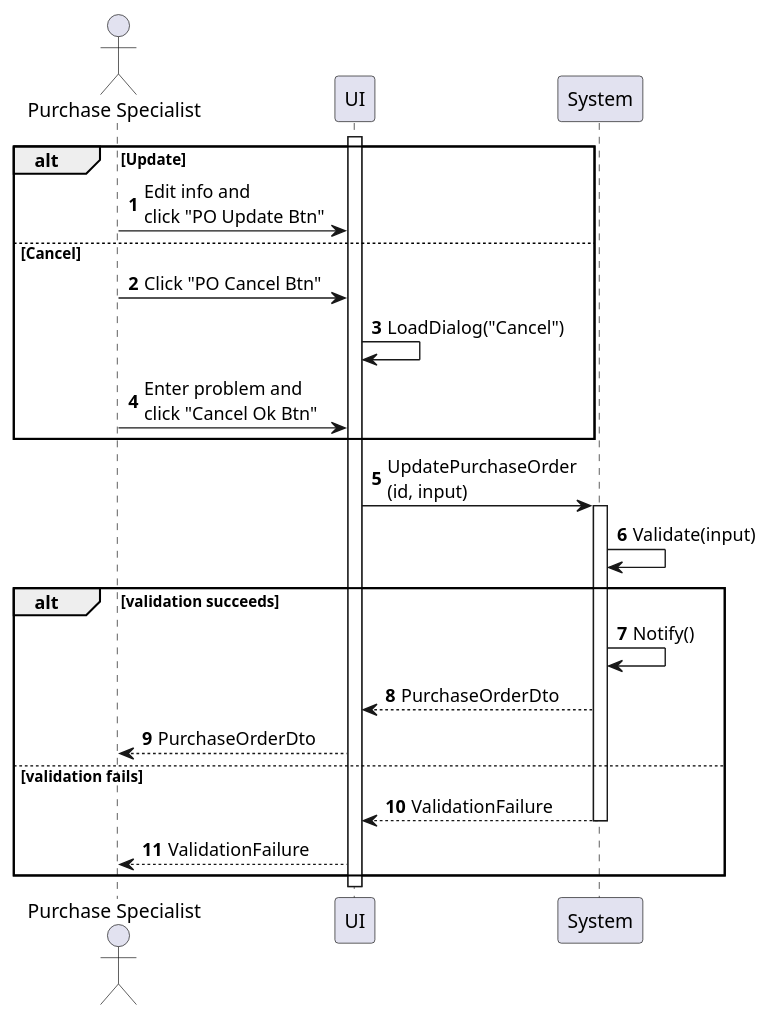
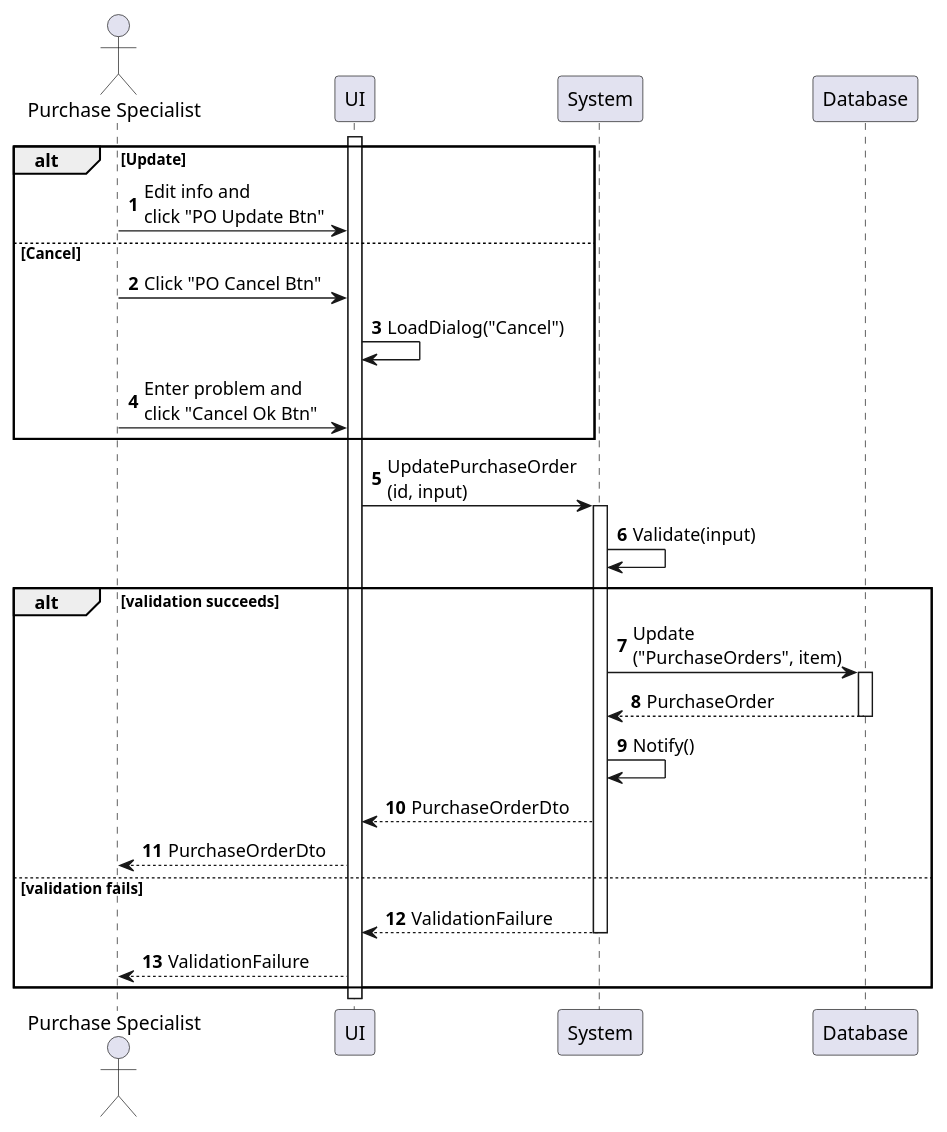
The diagram in sequences/purchase-order-update.plantuml (phihungha/scmss-reqs), drawn with PlantUML before and after one commit. The commit also changed 41 other files, not shown here.

```diff
--- a/sequences/purchase-order-update.plantuml
+++ b/sequences/purchase-order-update.plantuml
@@ -1,30 +1,34 @@
 @startuml purchase-order-update
 autonumber
 
 actor "Purchase Specialist" as a
 participant UI as f
 participant System as b
+participant Database as d
 
 activate f
 
 alt Update
     a -> f : Edit info and\nclick "PO Update Btn"
 else Cancel
     a -> f : Click "PO Cancel Btn"
     f -> f : LoadDialog("Cancel")
     a -> f : Enter problem and\nclick "Cancel Ok Btn"
 end
 
 f -> b : UpdatePurchaseOrder\n(id, input)
 activate b
 b -> b : Validate(input)
 
 alt validation succeeds
+    b -> d : Update\n("PurchaseOrders", item)
+    activate d
+    return PurchaseOrder
     b -> b : Notify()
     b --> f : PurchaseOrderDto
     f --> a : PurchaseOrderDto
 else validation fails
     return ValidationFailure
     f --> a : ValidationFailure
 end
 @enduml
```
